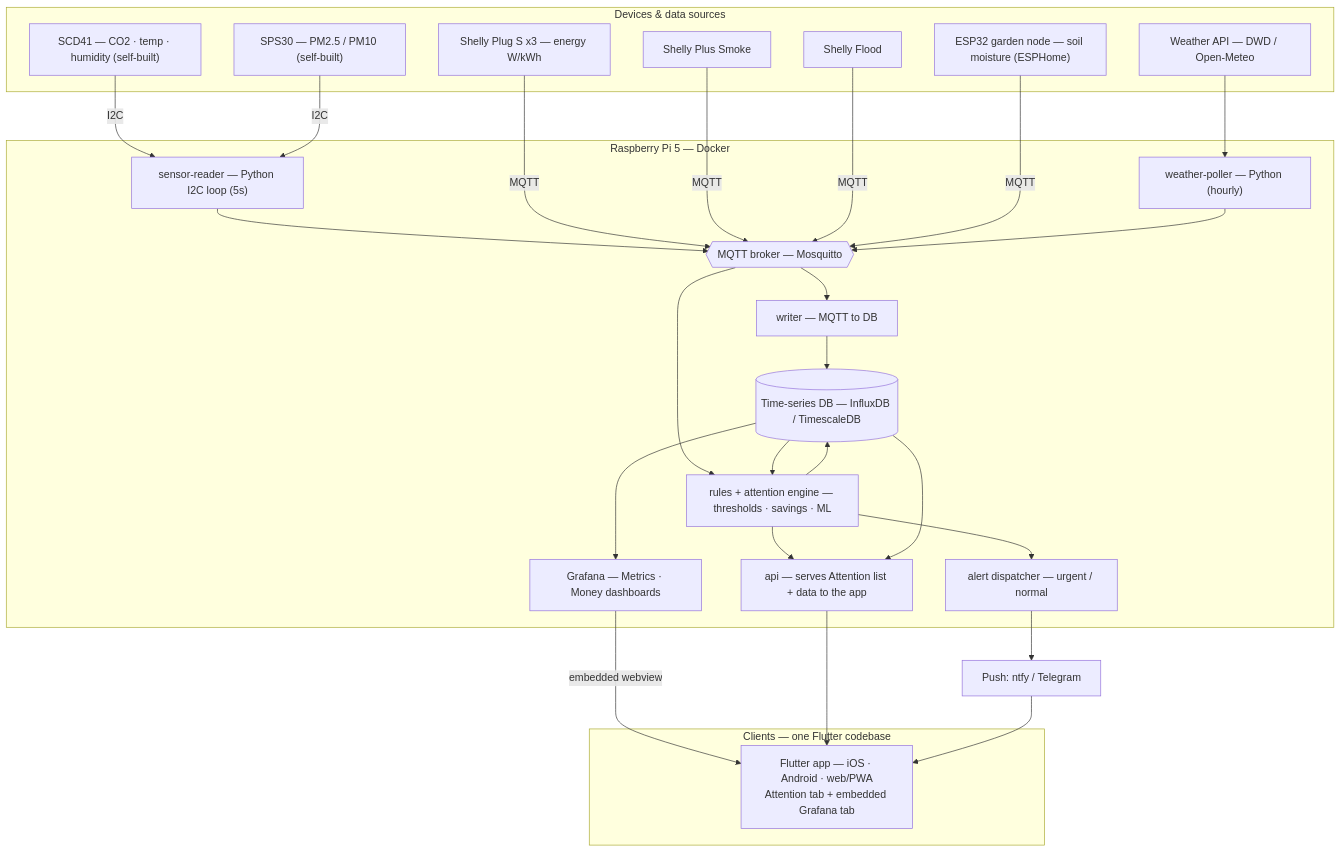
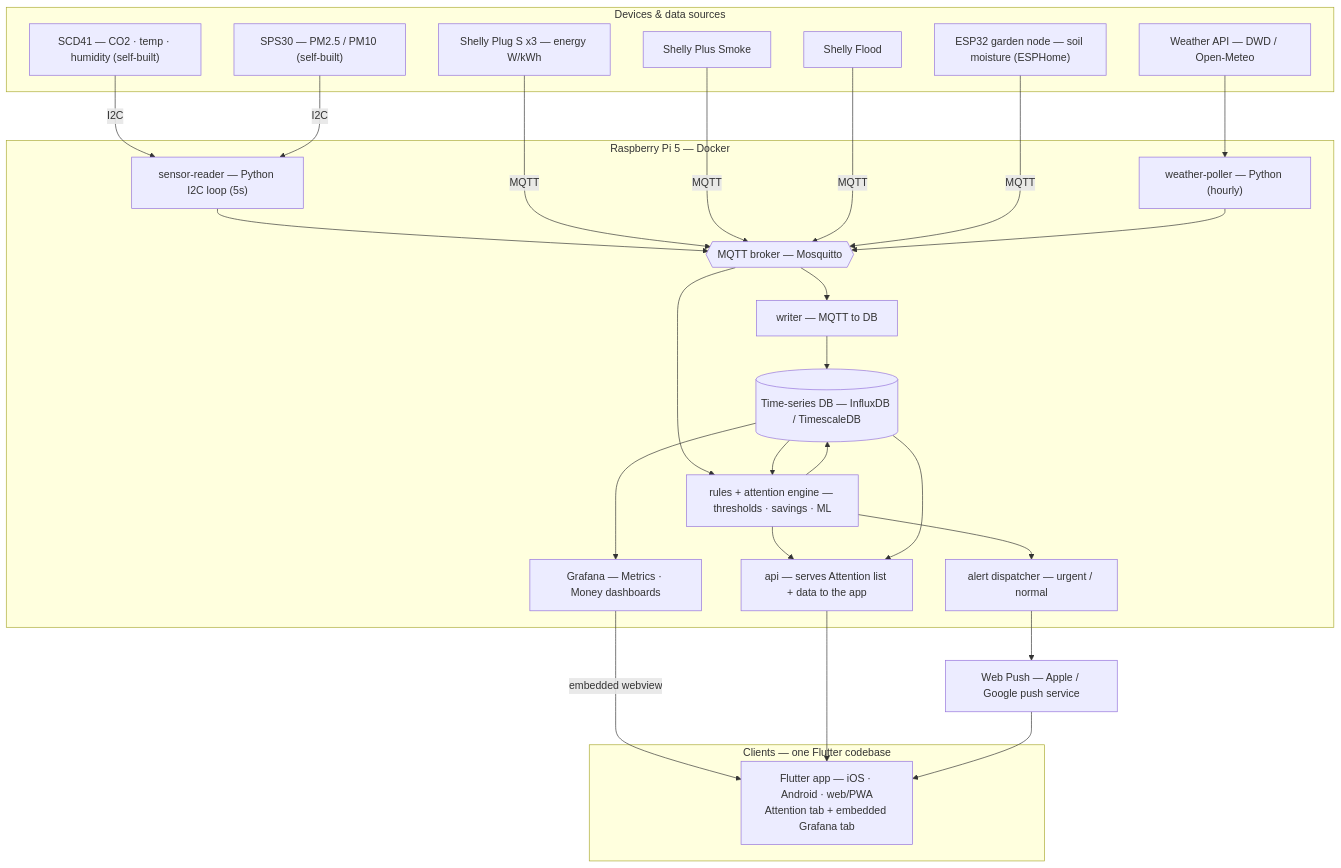
One commit to sjathin/home-observability changed the diagram in docs/architecture.md. Above: the diagram before and after it, drawn with Mermaid. The commit also changed other lines of this file and 2 other files, not shown here.

First line of the commit message:
Choose Web Push to the PWA for notifications

````diff
--- a/docs/architecture.md
+++ b/docs/architecture.md
@@ -8,49 +8,49 @@
 ```mermaid
 flowchart TB
     subgraph edge["Devices & data sources"]
         scd["SCD41 — CO2 · temp · humidity (self-built)"]
         sps["SPS30 — PM2.5 / PM10 (self-built)"]
         plugs["Shelly Plug S x3 — energy W/kWh"]
         smoke["Shelly Plus Smoke"]
         flood["Shelly Flood"]
         soil["ESP32 garden node — soil moisture (ESPHome)"]
         wx["Weather API — DWD / Open-Meteo"]
     end
 
     subgraph pi["Raspberry Pi 5 — Docker"]
         reader["sensor-reader — Python I2C loop (5s)"]
         wxpoll["weather-poller — Python (hourly)"]
         broker{{"MQTT broker — Mosquitto"}}
         writer["writer — MQTT to DB"]
         db[("Time-series DB — InfluxDB / TimescaleDB")]
         rules["rules + attention engine — thresholds · savings · ML"]
         api["api — serves Attention list + data to the app"]
         grafana["Grafana — Metrics · Money dashboards"]
         alerter["alert dispatcher — urgent / normal"]
     end
 
     subgraph clients["Clients — one Flutter codebase"]
         app["Flutter app — iOS · Android · web/PWA<br/>Attention tab + embedded Grafana tab"]
     end
-    push["Push: ntfy / Telegram"]
+    push["Web Push — Apple / Google push service"]
 
     scd -->|I2C| reader
     sps -->|I2C| reader
     reader --> broker
     plugs -->|MQTT| broker
     smoke -->|MQTT| broker
     flood -->|MQTT| broker
     soil -->|MQTT| broker
     wx --> wxpoll --> broker
 
     broker --> writer --> db
     broker --> rules
     db --> rules
     rules --> db
     db --> grafana
     rules --> api
     db --> api
     grafana -->|embedded webview| app
     api --> app
     rules --> alerter --> push --> app
 ```
````
